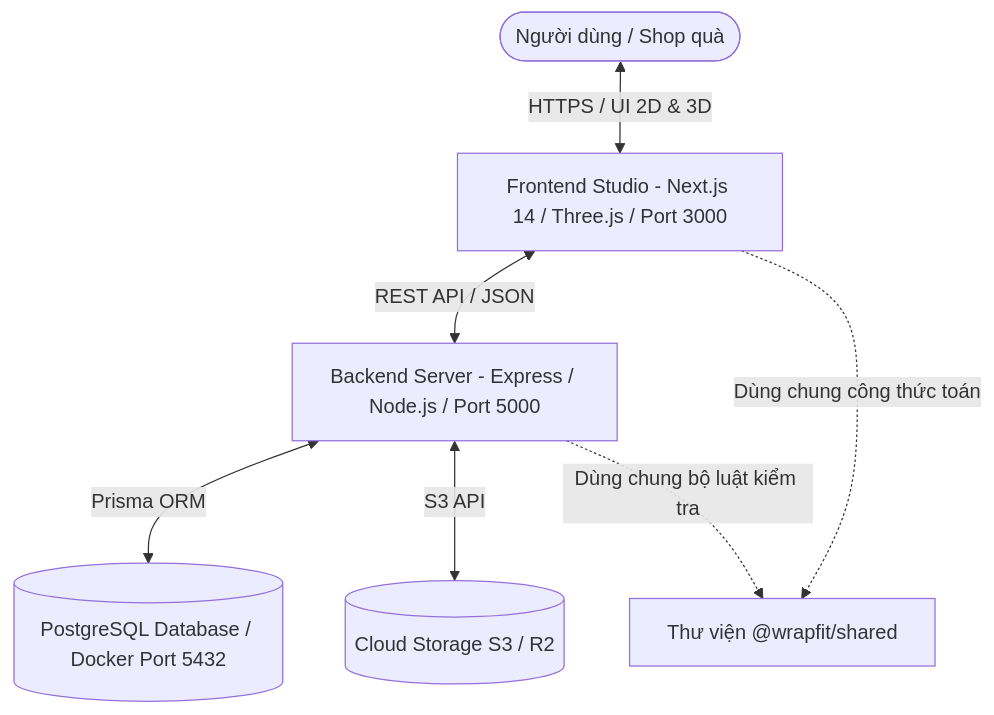
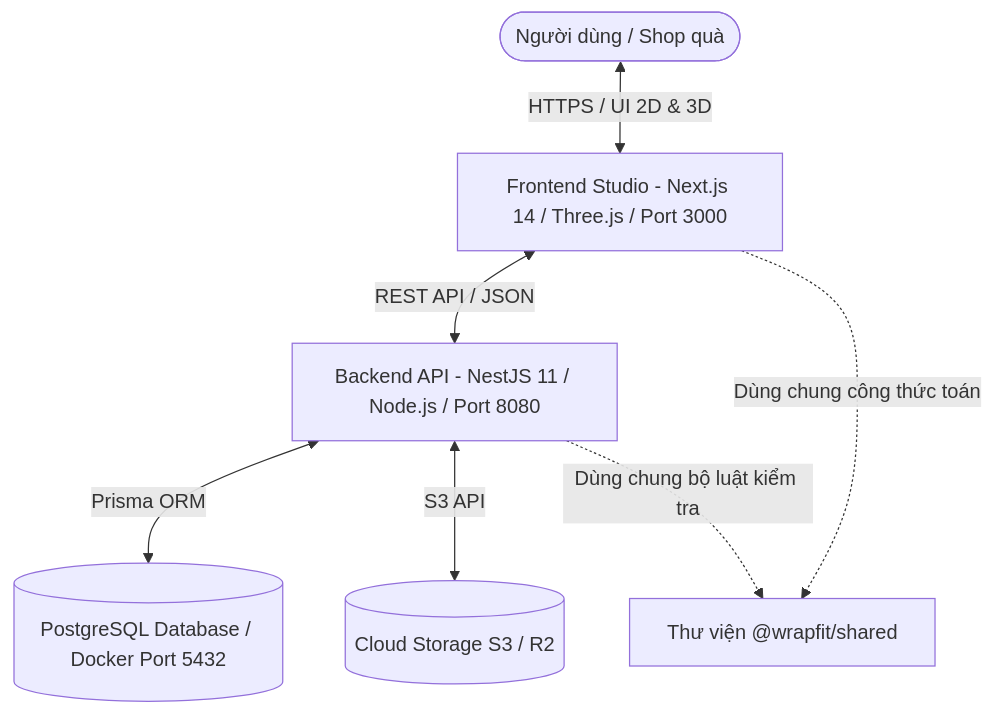
The diagram in docs/00_PROJECT_OVERVIEW.md (ptuoof/WrapFit), drawn with Mermaid before and after one commit. The commit also changed 70 other files, not shown here.

First line of the commit message:
feat(be): IT3-01 replace the Express backend with a NestJS 11 foundation

````diff
--- a/docs/00_PROJECT_OVERVIEW.md
+++ b/docs/00_PROJECT_OVERVIEW.md
@@ -33,9 +33,9 @@
 ```mermaid
 graph TD
     User([Người dùng / Shop quà]) <-->|HTTPS / UI 2D & 3D| FE[Frontend Studio - Next.js 14 / Three.js / Port 3000]
-    FE <-->|REST API / JSON| BE[Backend Server - Express / Node.js / Port 5000]
+    FE <-->|REST API / JSON| BE[Backend API - NestJS 11 / Node.js / Port 8080]
     BE <-->|Prisma ORM| DB[(PostgreSQL Database / Docker Port 5432)]
     BE <-->|S3 API| Storage[(Cloud Storage S3 / R2)]
     FE -. Dùng chung công thức toán .-> Shared[Thư viện @wrapfit/shared]
     BE -. Dùng chung bộ luật kiểm tra .-> Shared
 ```
````
